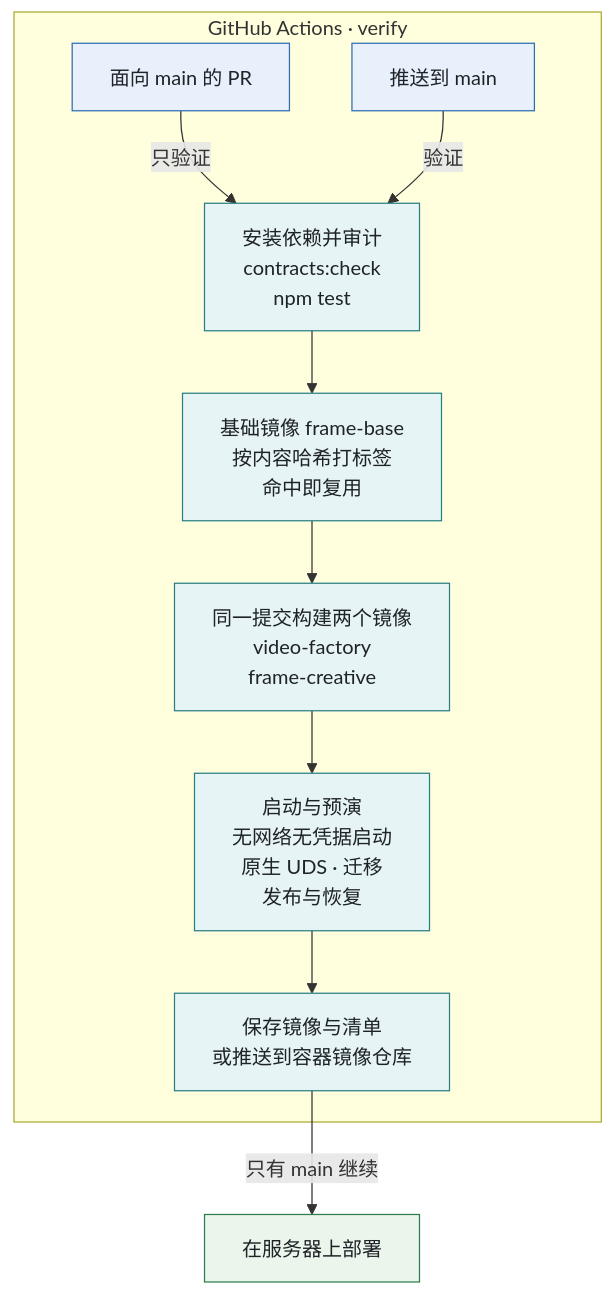
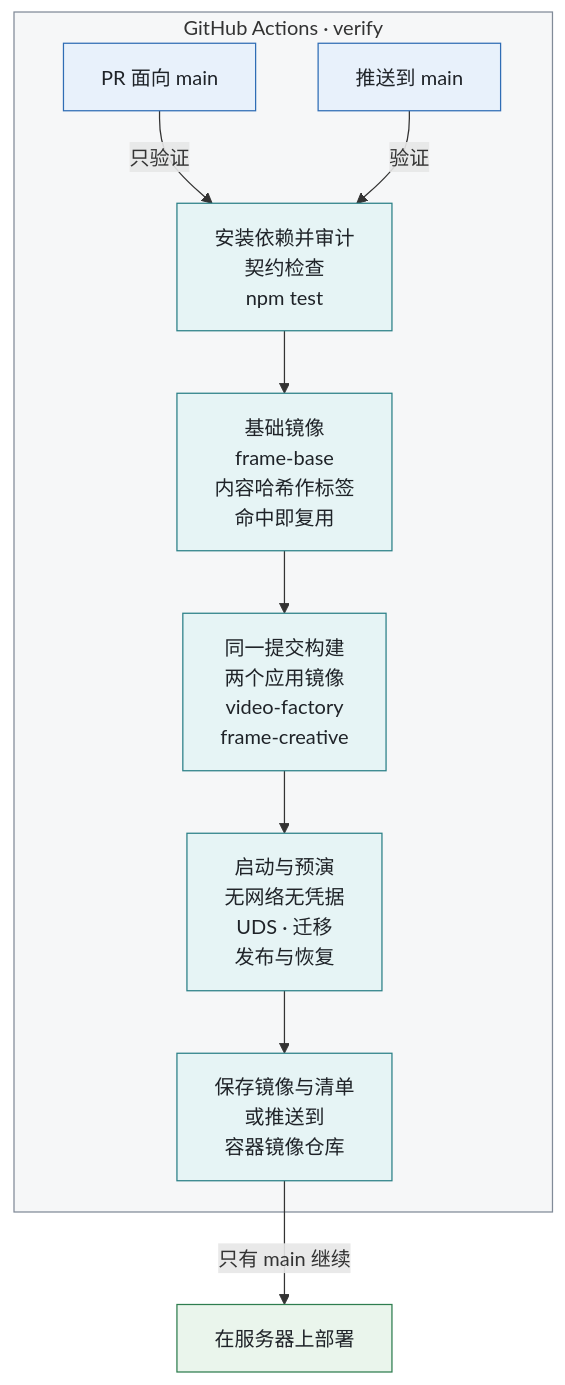
Before and after one commit to yaoziyaoguai/video-factory: the ninth of 11 diagrams in README.md, drawn with Mermaid. The commit also changed other lines of this file, not shown here.

First line of the commit message:
docs(readme): make the Mermaid diagrams render cleanly on GitHub [skip ci]

````diff
--- a/README.md
+++ b/README.md
@@ -344,20 +354,22 @@
 ```mermaid
 flowchart TB
   subgraph VERIFY["GitHub Actions · verify"]
-    PR["面向 main 的 PR"] -->|"只验证"| START["安装依赖并审计<br/>contracts:check<br/>npm test"]
+    PR["PR 面向 main"] -->|"只验证"| START["安装依赖并审计<br/>契约检查<br/>npm test"]
     PUSH["推送到 main"] -->|"验证"| START
-    START --> BASE["基础镜像 frame-base<br/>按内容哈希打标签<br/>命中即复用"]
-    BASE --> BUILD["同一提交构建两个镜像<br/>video-factory<br/>frame-creative"]
-    BUILD --> REHEARSAL["启动与预演<br/>无网络无凭据启动<br/>原生 UDS · 迁移<br/>发布与恢复"]
-    REHEARSAL --> SHIP["保存镜像与清单<br/>或推送到容器镜像仓库"]
+    START --> BASE["基础镜像<br/>frame-base<br/>内容哈希作标签<br/>命中即复用"]
+    BASE --> BUILD["同一提交构建<br/>两个应用镜像<br/>video-factory<br/>frame-creative"]
+    BUILD --> REHEARSAL["启动与预演<br/>无网络无凭据<br/>UDS · 迁移<br/>发布与恢复"]
+    REHEARSAL --> SHIP["保存镜像与清单<br/>或推送到<br/>容器镜像仓库"]
   end
+
+  style VERIFY fill:#818B9812,stroke:#818B98
 
   SHIP -->|"只有 main 继续"| DEPLOY["在服务器上部署"]
 
   classDef cUser fill:#E8F1FB,stroke:#2F6DB5,color:#1F2328
   classDef cOps fill:#E6F4F5,stroke:#2A7F86,color:#1F2328
   classDef cKeep fill:#EAF5EC,stroke:#2E7D4F,color:#1F2328
   class PR,PUSH cUser
   class START,BASE,BUILD,REHEARSAL,SHIP cOps
   class DEPLOY cKeep
 ```
````
